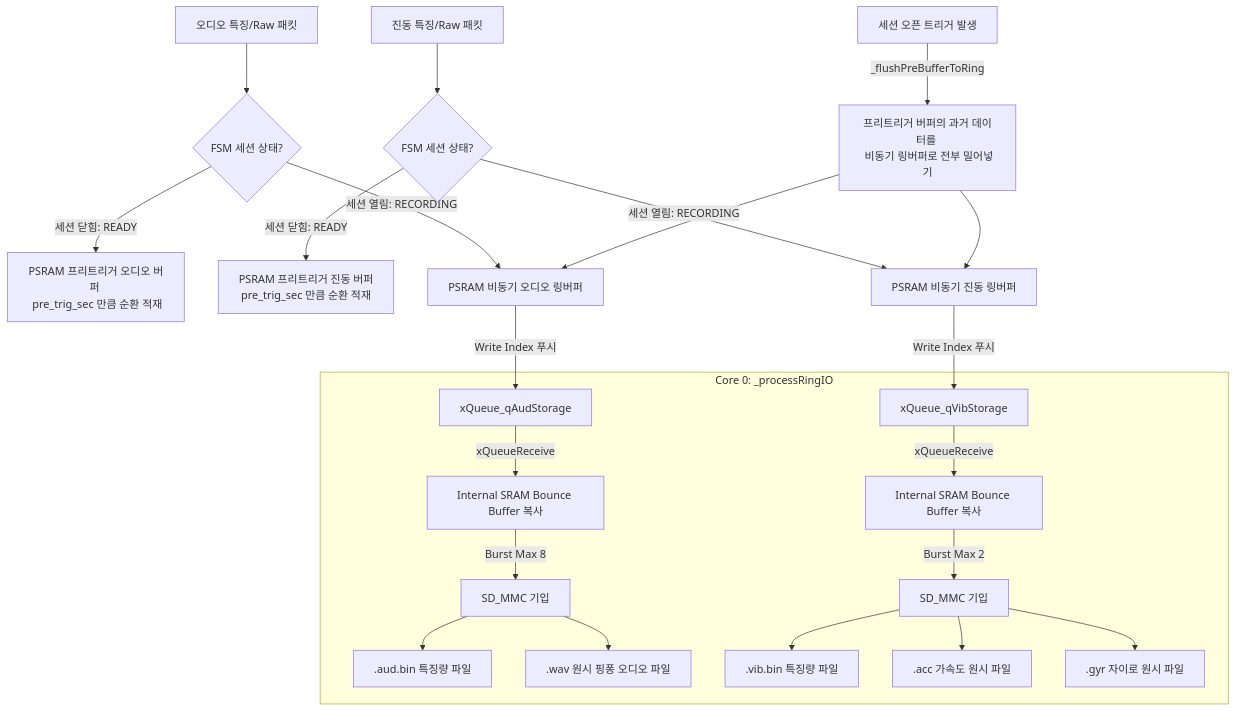
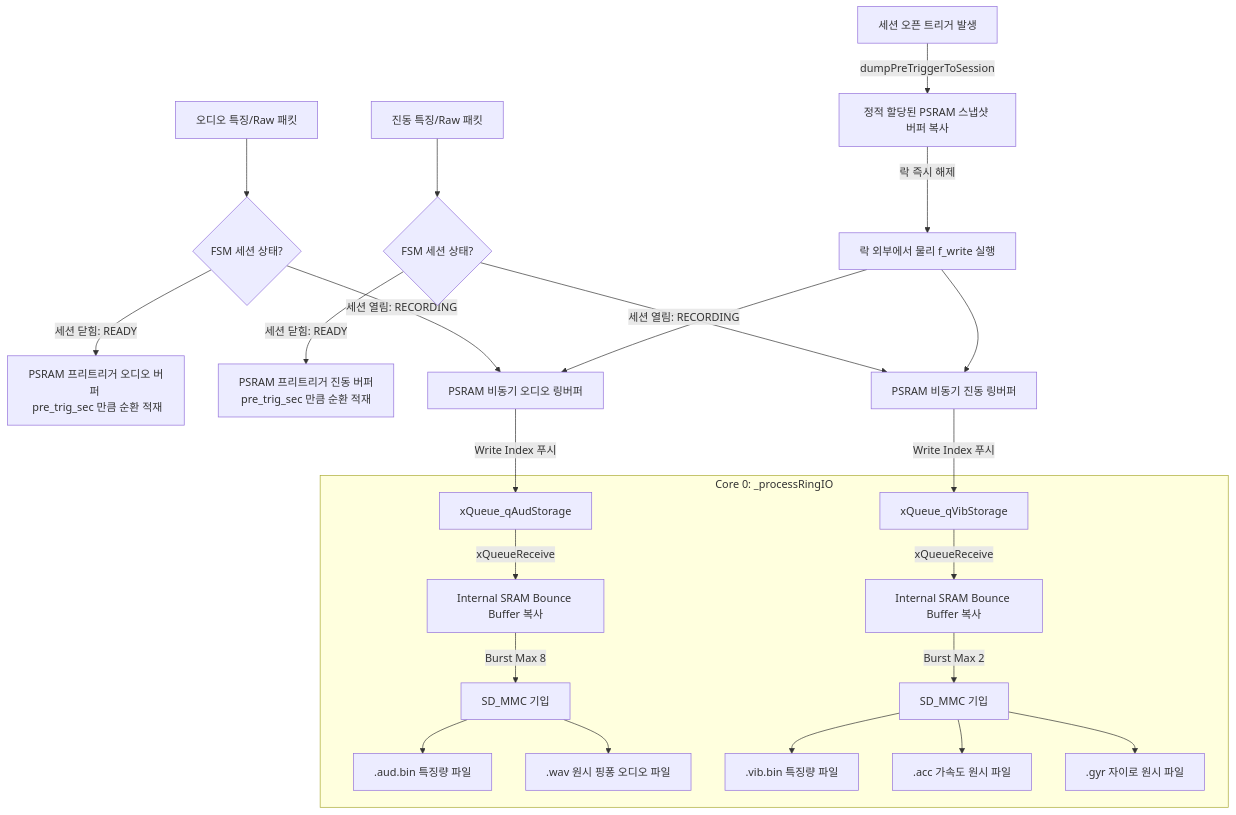
The fifth of 5 diagrams in src/T2_MSFM_250/Docs_FuncSpec/S40_func_flow_250.md (hosanglee-kr/ESP32_MSFM_250), drawn with Mermaid before and after one commit. The commit also changed other lines of this file and 36 other files, not shown here.

````diff
--- a/src/T2_MSFM_250/Docs_FuncSpec/S40_func_flow_250.md
+++ b/src/T2_MSFM_250/Docs_FuncSpec/S40_func_flow_250.md
@@ -244,37 +221,38 @@
 ```mermaid
 graph TD
     %% 데이터 소스 입력
     Slot_Aud[오디오 특징/Raw 패킷] --> Push_Aud{FSM 세션 상태?}
     Slot_Vib[진동 특징/Raw 패킷] --> Push_Vib{FSM 세션 상태?}
 
     %% 세션 OFF 상태 (대기 중) -> 프리트리거 링버퍼 적재
     Push_Aud -->|세션 닫힘: READY| Pre_AudBuf[PSRAM 프리트리거 오디오 버퍼 <br/> pre_trig_sec 만큼 순환 적재]
     Push_Vib -->|세션 닫힘: READY| Pre_VibBuf[PSRAM 프리트리거 진동 버퍼 <br/> pre_trig_sec 만큼 순환 적재]
 
     %% 세션 ON 상태 (트리거) -> 즉시 링버퍼 저장 및 큐 전송
     Push_Aud -->|세션 열림: RECORDING| Ring_Aud[PSRAM 비동기 오디오 링버퍼]
     Push_Vib -->|세션 열림: RECORDING| Ring_Vib[PSRAM 비동기 진동 링버퍼]
 
-    %% 프리트리거 플러시
-    Trig_Open[세션 오픈 트리거 발생] -->|_flushPreBufferToRing| Flush_Action[프리트리거 버퍼의 과거 데이터를 <br/> 비동기 링버퍼로 전부 밀어넣기]
-    Flush_Action --> Ring_Aud
-    Flush_Action --> Ring_Vib
+    %% 프리트리거 플러시 (스냅샷 바운스 버퍼 활용)
+    Trig_Open[세션 오픈 트리거 발생] -->|dumpPreTriggerToSession| SnapshotBuf[정적 할당된 PSRAM 스냅샷 버퍼 복사]
+    SnapshotBuf -->|락 즉시 해제| Disk_Write[락 외부에서 물리 f_write 실행]
+    Disk_Write --> Ring_Aud
+    Disk_Write --> Ring_Vib
 
     %% 큐 송출
     Ring_Aud -->|Write Index 푸시| Q_AudStorage[xQueue_qAudStorage]
     Ring_Vib -->|Write Index 푸시| Q_VibStorage[xQueue_qVibStorage]
 
     %% Storage Task 드레인
     subgraph StorageTaskProc [Core 0: _processRingIO]
         Q_AudStorage -->|xQueueReceive| Bounce_Aud[Internal SRAM Bounce Buffer 복사]
         Bounce_Aud -->|Burst Max 8| Disk_Aud[SD_MMC 기입]
         Disk_Aud --> File_AudBin[.aud.bin 특징량 파일]
         Disk_Aud --> File_Wav[.wav 원시 핑퐁 오디오 파일]
 
         Q_VibStorage -->|xQueueReceive| Bounce_Vib[Internal SRAM Bounce Buffer 복사]
         Bounce_Vib -->|Burst Max 2| Disk_Vib[SD_MMC 기입]
         Disk_Vib --> File_VibBin[.vib.bin 특징량 파일]
         Disk_Vib --> File_Acc[.acc 가속도 원시 파일]
         Disk_Vib --> File_Gyr[.gyr 자이로 원시 파일]
     end
 ```
````
